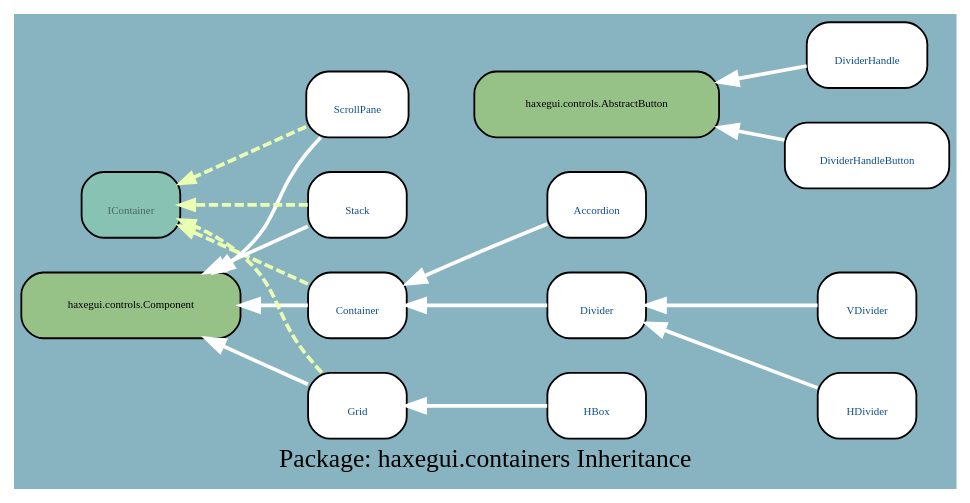
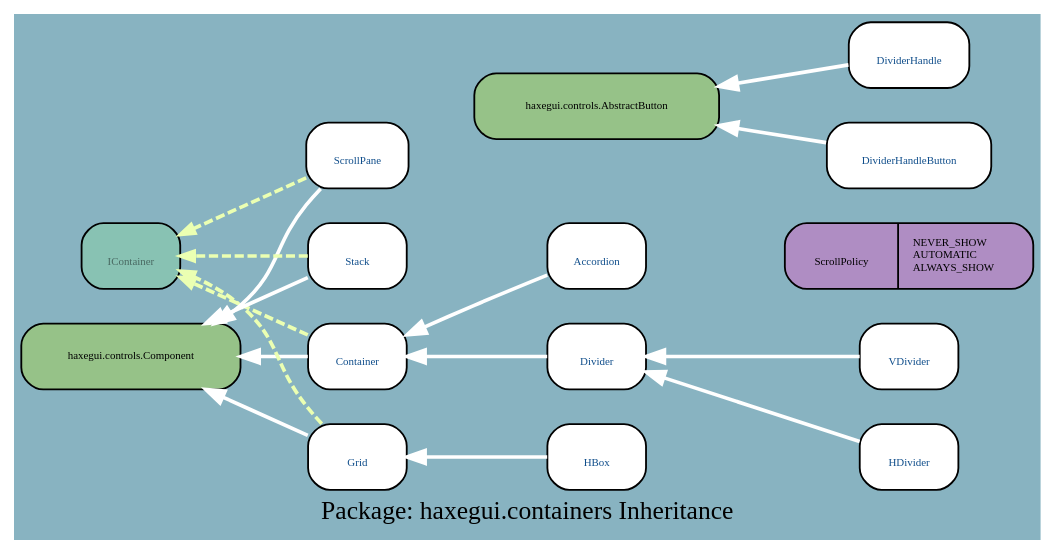
One commit to google-code-export/haxegui changed the diagram in docs/uml/haxegui.containers_I.dot. Above: the diagram before and after it, drawn with Graphviz. The commit also changed 246 other files, not shown here.

```diff
--- a/docs/uml/haxegui.containers_I.dot
+++ b/docs/uml/haxegui.containers_I.dot
@@ -1,36 +1,37 @@
 digraph uml {
 	graph [label="Package: haxegui.containers Inheritance", ratio=compress, rankdir=RL, smoothing=avg_dist, overlap=compress, packMode="graph", labelloc=c, fontname="DejaVu Sans Condenesed", fontsize=14, bgcolor="#88B3C1", fontcolor=black];
 	node [label="\N", style="rounded,filled", fillcolor="#96c288", fontcolor="#104E8B", fontname="FFF Harmony", fontsize=6, shape=record, color=black];
 	edge [fontname=Sans, fontsize=8, minlen="1.2", color=black, fontcolor=black];
-	graph [lp="256,12",
-		bb="0,0,512,250"];
+	graph [lp="279,12",
+		bb="0,0,558,277"];
 	"haxegui.containers.IContainer" [label="{\nIContainer}", fillcolor="#88c2b3", fontcolor="#496962", URL="../types/haxegui/containers/IContainer.html", tooltip="\nIContainer", portPos=w, pos="60,151", rects="33,133,87,169", width="0.75", height="0.50"];
 	"haxegui.containers.Container" [label="{\nContainer}", fillcolor=white, URL="../types/haxegui/containers/Container.html", tooltip="\nContainer", portPos=w, pos="184,97", rects="157,79,211,115", width="0.75", height="0.50"];
 	"haxegui.controls.Component" [fontcolor=black, pos="60,97", rects="0,79,120,115", width="1.67", height="0.50"];
 	"haxegui.containers.Grid" [label="{\nGrid}", fillcolor=white, URL="../types/haxegui/containers/Grid.html", tooltip="\nGrid", portPos=w, pos="184,43", rects="157,25,211,61", width="0.75", height="0.50"];
 	"haxegui.containers.HBox" [label="{\nHBox}", fillcolor=white, URL="../types/haxegui/containers/HBox.html", tooltip="\nHBox", portPos=w, pos="316,43", rects="289,25,343,61", width="0.75", height="0.50"];
+	"haxegui.containers.ScrollPolicy" [label="{\nScrollPolicy|NEVER_SHOW\lAUTOMATIC\lALWAYS_SHOW\l}", fillcolor="#af8dc3", fontcolor=black, pos="489,151", rects="421,133,480,169 480,133,558,169", width="1.89", height="0.50"];
 	"haxegui.containers.ScrollPane" [label="{\nScrollPane}", fillcolor=white, URL="../types/haxegui/containers/ScrollPane.html", tooltip="\nScrollPane", portPos=w, pos="184,205", rects="156,187,212,223", width="0.78", height="0.50"];
 	"haxegui.containers.Stack" [label="{\nStack}", fillcolor=white, URL="../types/haxegui/containers/Stack.html", tooltip="\nStack", portPos=w, pos="184,151", rects="157,133,211,169", width="0.75", height="0.50"];
-	"haxegui.containers.DividerHandle" [label="{\nDividerHandle}", fillcolor=white, URL="../types/haxegui/containers/DividerHandle.html", tooltip="\nDividerHandle", portPos=w, pos="466,232", rects="433,214,499,250", width="0.92", height="0.50"];
-	"haxegui.controls.AbstractButton" [fontcolor=black, pos="316,205", rects="249,187,384,223", width="1.86", height="0.50"];
-	"haxegui.containers.DividerHandleButton" [label="{\nDividerHandleButton}", fillcolor=white, URL="../types/haxegui/containers/DividerHandleButton.html", tooltip="\nDividerHandleButton", portPos=w, pos="466,178", rects="421,160,512,196", width="1.25", height="0.50"];
+	"haxegui.containers.DividerHandle" [label="{\nDividerHandle}", fillcolor=white, URL="../types/haxegui/containers/DividerHandle.html", tooltip="\nDividerHandle", portPos=w, pos="489,259", rects="456,241,522,277", width="0.92", height="0.50"];
+	"haxegui.controls.AbstractButton" [fontcolor=black, pos="316,232", rects="249,214,384,250", width="1.86", height="0.50"];
+	"haxegui.containers.DividerHandleButton" [label="{\nDividerHandleButton}", fillcolor=white, URL="../types/haxegui/containers/DividerHandleButton.html", tooltip="\nDividerHandleButton", portPos=w, pos="489,205", rects="444,187,535,223", width="1.25", height="0.50"];
 	"haxegui.containers.Divider" [label="{\nDivider}", fillcolor=white, URL="../types/haxegui/containers/Divider.html", tooltip="\nDivider", portPos=w, pos="316,97", rects="289,79,343,115", width="0.75", height="0.50"];
-	"haxegui.containers.VDivider" [label="{\nVDivider}", fillcolor=white, URL="../types/haxegui/containers/VDivider.html", tooltip="\nVDivider", portPos=w, pos="466,110", rects="439,92,493,128", width="0.75", height="0.50"];
-	"haxegui.containers.HDivider" [label="{\nHDivider}", fillcolor=white, URL="../types/haxegui/containers/HDivider.html", tooltip="\nHDivider", portPos=w, pos="466,56", rects="439,38,493,74", width="0.75", height="0.50"];
+	"haxegui.containers.VDivider" [label="{\nVDivider}", fillcolor=white, URL="../types/haxegui/containers/VDivider.html", tooltip="\nVDivider", portPos=w, pos="489,97", rects="462,79,516,115", width="0.75", height="0.50"];
+	"haxegui.containers.HDivider" [label="{\nHDivider}", fillcolor=white, URL="../types/haxegui/containers/HDivider.html", tooltip="\nHDivider", portPos=w, pos="489,43", rects="462,25,516,61", width="0.75", height="0.50"];
 	"haxegui.containers.Accordion" [label="{\nAccordion}", fillcolor=white, URL="../types/haxegui/containers/Accordion.html", tooltip="\nAccordion", portPos=w, pos="316,151", rects="289,133,343,169", width="0.75", height="0.50"];
 	"haxegui.containers.Container" -> "haxegui.controls.Component" [color=white, style=bold, arrowhead=normal, arrowsize="1.0", pos="e,120,97 157,97 149,97 140,97 130,97"];
 	"haxegui.containers.Container" -> "haxegui.containers.IContainer" [color="#ebffb2", style="dashed, bold", arrowhead=normal, arrowsize="0.75", pos="e,87,139 157,109 138,117 114,127 94,136"];
 	"haxegui.containers.Grid" -> "haxegui.controls.Component" [color=white, style=bold, arrowhead=normal, arrowsize="1.0", pos="e,102,79 157,55 144,61 127,68 112,75"];
 	"haxegui.containers.Grid" -> "haxegui.containers.IContainer" [color="#ebffb2", style="dashed, bold", arrowhead=normal, arrowsize="0.75", pos="e,87,142 164,61 161,64 158,67 156,70 137,92 142,105 120,124 112,130 103,135 94,139"];
 	"haxegui.containers.HBox" -> "haxegui.containers.Grid" [color=white, style=bold, arrowhead=normal, arrowsize="1.0", pos="e,211,43 289,43 269,43 243,43 221,43"];
 	"haxegui.containers.ScrollPane" -> "haxegui.controls.Component" [color=white, style=bold, arrowhead=normal, arrowsize="1.0", pos="e,107,115 164,187 161,184 158,181 156,178 137,155 142,142 120,124 119,123 117,122 115,121"];
 	"haxegui.containers.ScrollPane" -> "haxegui.containers.IContainer" [color="#ebffb2", style="dashed, bold", arrowhead=normal, arrowsize="0.75", pos="e,87,163 156,193 137,185 113,175 94,166"];
 	"haxegui.containers.Stack" -> "haxegui.controls.Component" [color=white, style=bold, arrowhead=normal, arrowsize="1.0", pos="e,102,115 157,139 144,133 127,126 112,119"];
 	"haxegui.containers.Stack" -> "haxegui.containers.IContainer" [color="#ebffb2", style="dashed, bold", arrowhead=normal, arrowsize="0.75", pos="e,87,151 157,151 138,151 114,151 95,151"];
-	"haxegui.containers.DividerHandle" -> "haxegui.controls.AbstractButton" [color=white, style=bold, arrowhead=normal, arrowsize="1.0", pos="e,384,217 433,226 422,224 408,221 394,219"];
-	"haxegui.containers.DividerHandleButton" -> "haxegui.controls.AbstractButton" [color=white, style=bold, arrowhead=normal, arrowsize="1.0", pos="e,384,193 421,186 412,187 403,189 394,191"];
+	"haxegui.containers.DividerHandle" -> "haxegui.controls.AbstractButton" [color=white, style=bold, arrowhead=normal, arrowsize="1.0", pos="e,384,243 456,254 438,251 416,248 394,245"];
+	"haxegui.containers.DividerHandleButton" -> "haxegui.controls.AbstractButton" [color=white, style=bold, arrowhead=normal, arrowsize="1.0", pos="e,384,221 444,212 429,215 411,217 394,220"];
 	"haxegui.containers.Divider" -> "haxegui.containers.Container" [color=white, style=bold, arrowhead=normal, arrowsize="1.0", pos="e,211,97 289,97 269,97 243,97 221,97"];
-	"haxegui.containers.VDivider" -> "haxegui.containers.Divider" [color=white, style=bold, arrowhead=normal, arrowsize="1.0", pos="e,343,99 439,108 415,105 380,103 353,100"];
-	"haxegui.containers.HDivider" -> "haxegui.containers.Divider" [color=white, style=bold, arrowhead=normal, arrowsize="1.0", pos="e,343,90 439,63 415,70 379,80 353,87"];
+	"haxegui.containers.VDivider" -> "haxegui.containers.Divider" [color=white, style=bold, arrowhead=normal, arrowsize="1.0", pos="e,343,97 462,97 432,97 386,97 353,97"];
+	"haxegui.containers.HDivider" -> "haxegui.containers.Divider" [color=white, style=bold, arrowhead=normal, arrowsize="1.0", pos="e,343,89 462,51 432,61 385,76 353,86"];
 	"haxegui.containers.Accordion" -> "haxegui.containers.Container" [color=white, style=bold, arrowhead=normal, arrowsize="1.0", pos="e,211,109 289,140 276,135 261,129 248,124 239,120 230,116 221,113"];
 }
```
